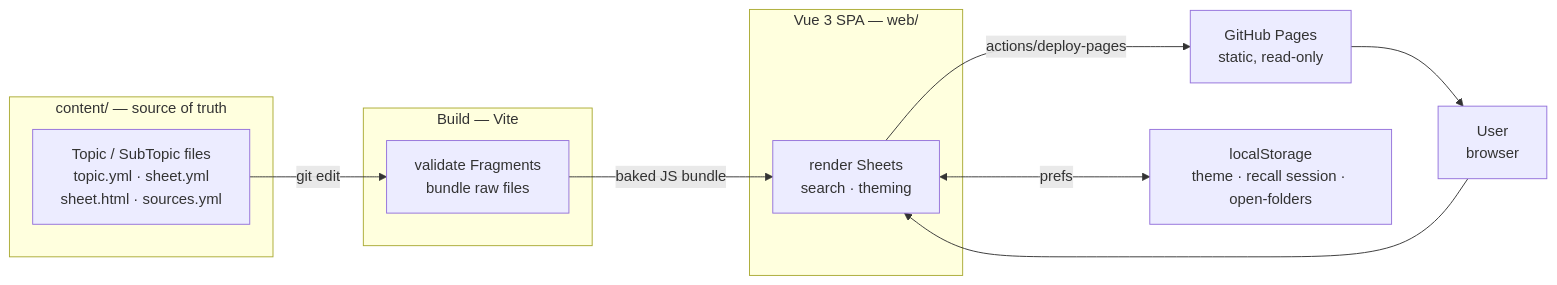
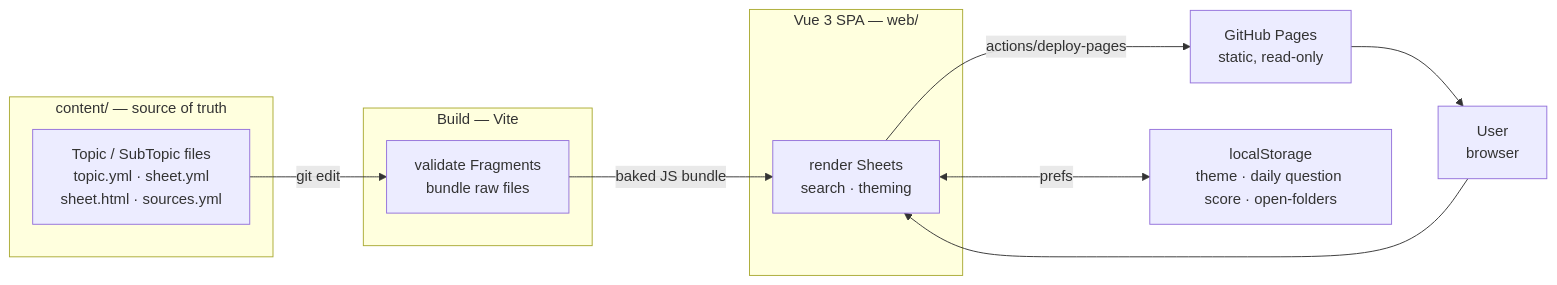
One commit to Povaz/cheatsheets changed the first of 6 diagrams in docs/hldd/hldd.md. Above: the diagram before and after it, drawn with Mermaid. The commit also changed other lines of this file and 4 other files, not shown here.

Commit message:
docs(hldd): v6.0 — practice questions on Home, Daily Recall retired

````diff
--- a/docs/hldd/hldd.md
+++ b/docs/hldd/hldd.md
@@ -36,22 +36,22 @@
 ```mermaid
 flowchart LR
     subgraph authoring["content/ — source of truth"]
         C["Topic / SubTopic files<br/>topic.yml · sheet.yml<br/>sheet.html · sources.yml"]
     end
     subgraph build["Build — Vite"]
         B["validate Fragments<br/>bundle raw files"]
     end
     subgraph app["Vue 3 SPA — web/"]
         A["render Sheets<br/>search · theming"]
     end
     H["GitHub Pages<br/>static, read-only"]
     U["User<br/>browser"]
-    LS["localStorage<br/>theme · recall session · open-folders"]
+    LS["localStorage<br/>theme · daily question score · open-folders"]
 
     C -->|git edit| B
     B -->|baked JS bundle| A
     A -->|actions/deploy-pages| H
     H --> U
     U --> A
     A <-->|prefs| LS
 ```
````
